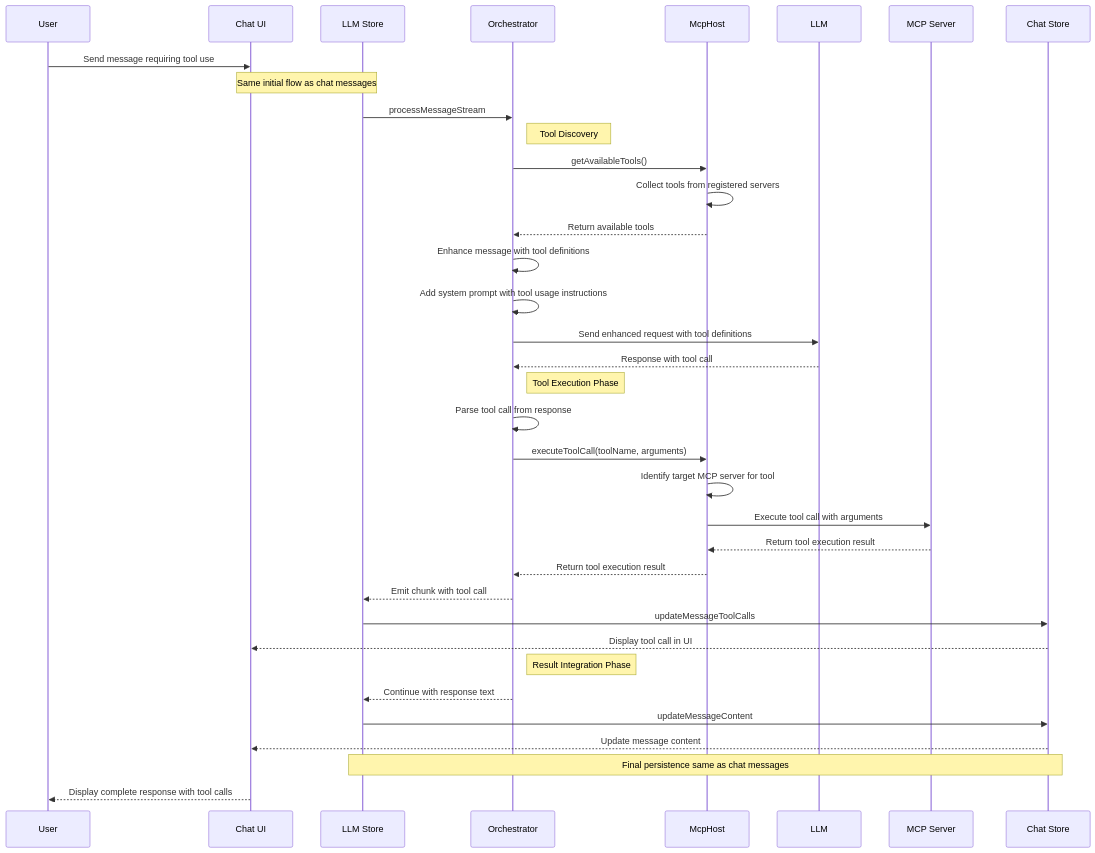
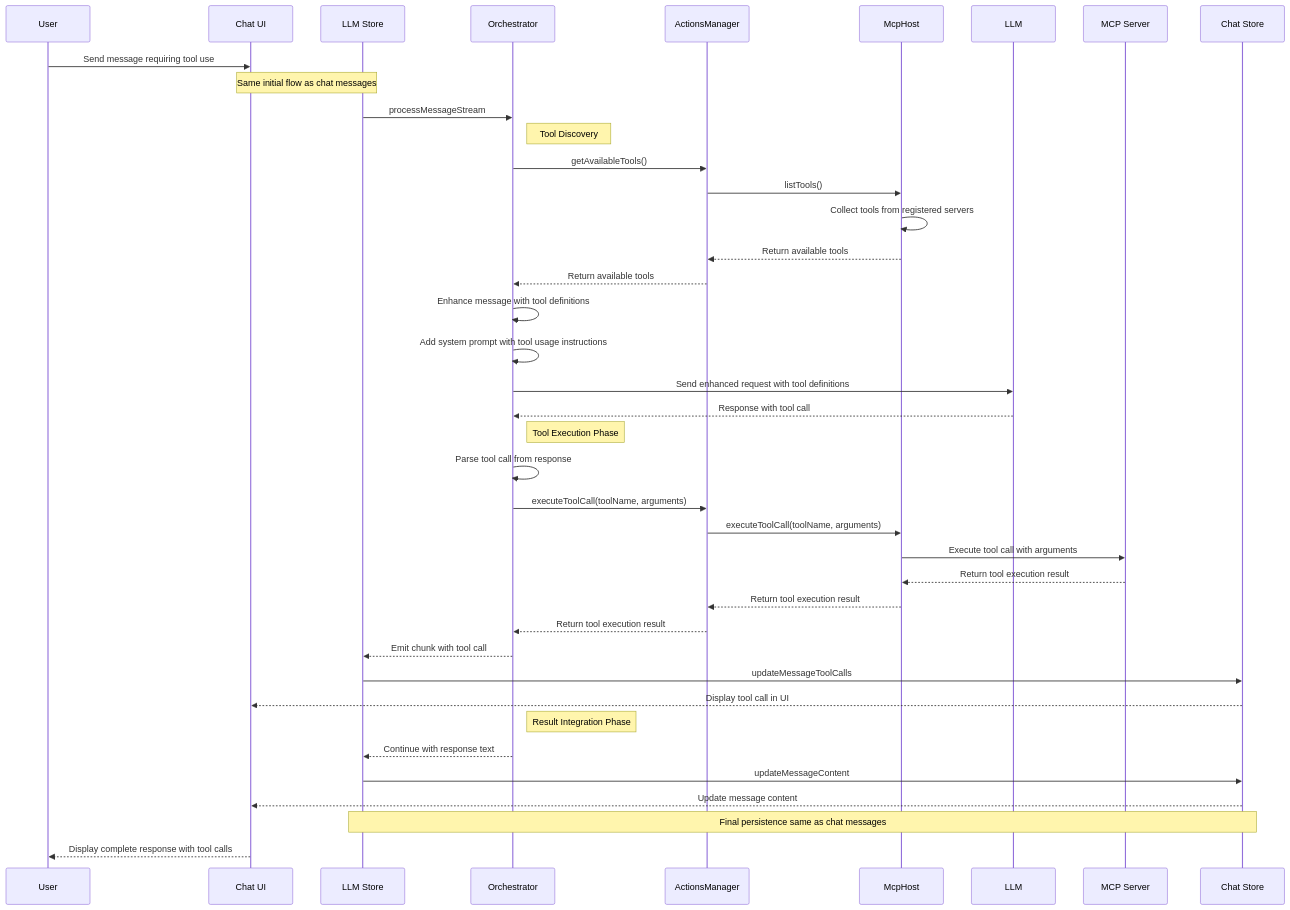
The second of 6 diagrams in packages/llm-integration/README.md (mrsimpson/piddie), drawn with Mermaid before and after one commit. The commit also changed other lines of this file and 32 other files, not shown here.

````diff
--- a/packages/llm-integration/README.md
+++ b/packages/llm-integration/README.md
@@ -96,48 +100,52 @@
 ```mermaid
 sequenceDiagram
     participant User
     participant ChatUI as Chat UI
     participant LlmStore as LLM Store
     participant Orchestrator
+    participant ActionsManager
     participant McpHost
     participant LLM
     participant MCPServer as MCP Server
     participant ChatStore as Chat Store
 
     User->>ChatUI: Send message requiring tool use
     Note over ChatUI,LlmStore: Same initial flow as chat messages
 
     LlmStore->>Orchestrator: processMessageStream
 
     Note right of Orchestrator: Tool Discovery
-    Orchestrator->>McpHost: getAvailableTools()
+    Orchestrator->>ActionsManager: getAvailableTools()
+    ActionsManager->>McpHost: listTools()
     McpHost->>McpHost: Collect tools from registered servers
-    McpHost-->>Orchestrator: Return available tools
+    McpHost-->>ActionsManager: Return available tools
+    ActionsManager-->>Orchestrator: Return available tools
     
     Orchestrator->>Orchestrator: Enhance message with tool definitions
     Orchestrator->>Orchestrator: Add system prompt with tool usage instructions
     Orchestrator->>LLM: Send enhanced request with tool definitions
 
     LLM-->>Orchestrator: Response with tool call
 
     Note right of Orchestrator: Tool Execution Phase
     Orchestrator->>Orchestrator: Parse tool call from response
-    Orchestrator->>McpHost: executeToolCall(toolName, arguments)
-    McpHost->>McpHost: Identify target MCP server for tool
+    Orchestrator->>ActionsManager: executeToolCall(toolName, arguments)
+    ActionsManager->>McpHost: executeToolCall(toolName, arguments)
     McpHost->>MCPServer: Execute tool call with arguments
     MCPServer-->>McpHost: Return tool execution result
-    McpHost-->>Orchestrator: Return tool execution result
+    McpHost-->>ActionsManager: Return tool execution result
+    ActionsManager-->>Orchestrator: Return tool execution result
 
     Orchestrator-->>LlmStore: Emit chunk with tool call
     LlmStore->>ChatStore: updateMessageToolCalls
     ChatStore-->>ChatUI: Display tool call in UI
 
     Note right of Orchestrator: Result Integration Phase
     Orchestrator-->>LlmStore: Continue with response text
     LlmStore->>ChatStore: updateMessageContent
     ChatStore-->>ChatUI: Update message content
 
     Note over LlmStore,ChatStore: Final persistence same as chat messages
 
     ChatUI-->>User: Display complete response with tool calls
 ```
````
